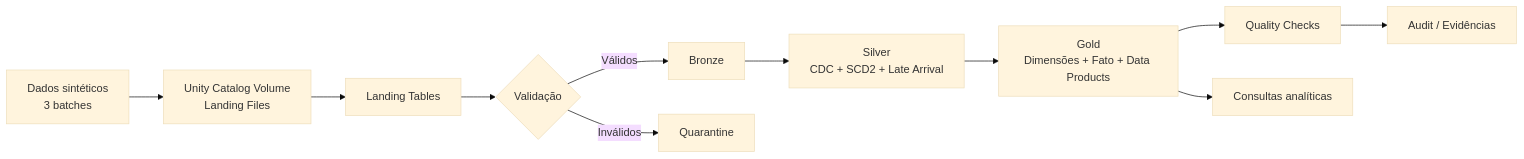
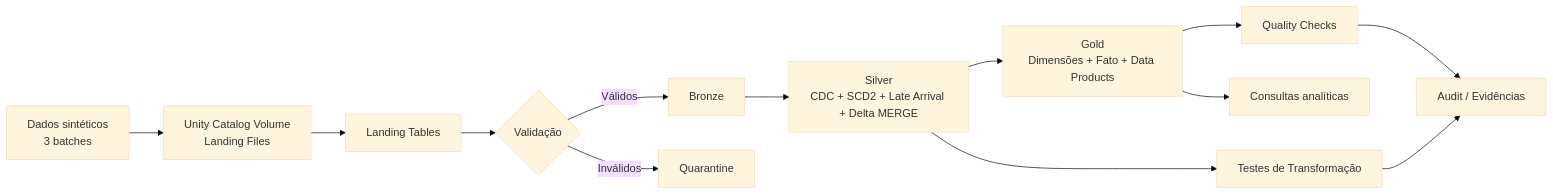
The diagram in README.md (anderson87p/case-senior-data-product), drawn with Mermaid (base theme) before and after one commit. The commit also changed other lines of this file and 1 other file, not shown here.

````diff
--- a/README.md
+++ b/README.md
@@ -30,13 +53,15 @@
 ```mermaid
 flowchart LR
     A[Dados sintéticos<br/>3 batches] --> B[Unity Catalog Volume<br/>Landing Files]
     B --> C[Landing Tables]
     C --> D{Validação}
     D -->|Válidos| E[Bronze]
     D -->|Inválidos| Q[Quarantine]
-    E --> F[Silver<br/>CDC + SCD2 + Late Arrival]
+    E --> F[Silver<br/>CDC + SCD2 + Late Arrival + Delta MERGE]
     F --> G[Gold<br/>Dimensões + Fato + Data Products]
     G --> H[Quality Checks]
     G --> I[Consultas analíticas]
+    F --> T[Testes de Transformação]
     H --> J[Audit / Evidências]
+    T --> J
 ```
````
